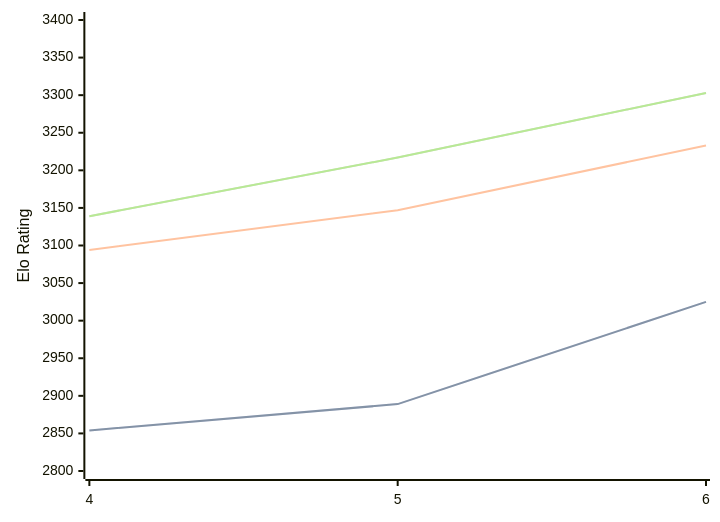
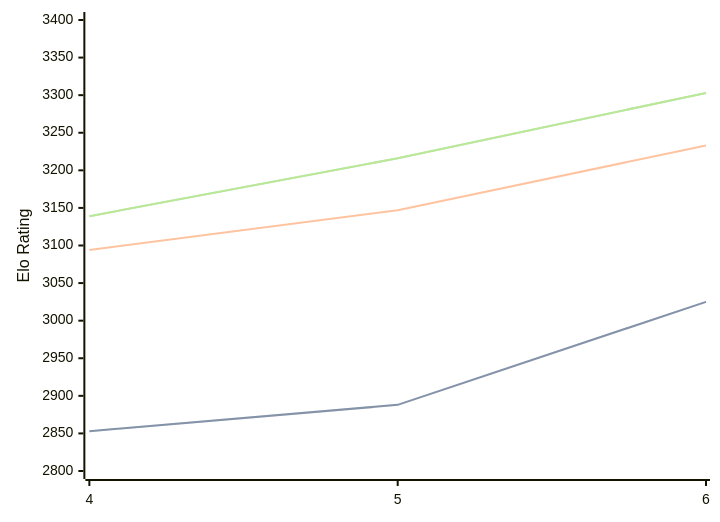
Before and after one commit to computer-chess-index/cci: the diagram in engines/Cwtch.md, drawn with Mermaid. The commit also changed other lines of this file, not shown here.

Commit message:
Update CCI Ratings (ELO VLTC) - 2026-10-01

````diff
--- a/engines/Cwtch.md
+++ b/engines/Cwtch.md
@@ -34,11 +34,11 @@
 ```mermaid
 %%{init: {"theme":"base","themeVariables":{"seriesColors:['#a3a3a3','#222221','#faa371']}}}%%
 xychart-beta
   x-axis ["4", "5", "6"]
   y-axis "Elo Rating" 2800 --> 3400
-  line "" [2854, 2889, 3025]
-  line "STC (8.0+0.08s)" [2854, 2889, 3025]
+  line "" [2853, 2888, 3025]
+  line "STC (8.0+0.08s)" [2853, 2888, 3025]
   line "LTC (60.0+0.60s)" [3094, 3147, 3233]
-  line "" [3139, 3217, 3303]
-  line "VLTC (2m24s+1.12s)" [3139, 3217, 3303]
+  line "" [3139, 3216, 3303]
+  line "VLTC (2m24s+1.12s)" [3139, 3216, 3303]
 ```
````
